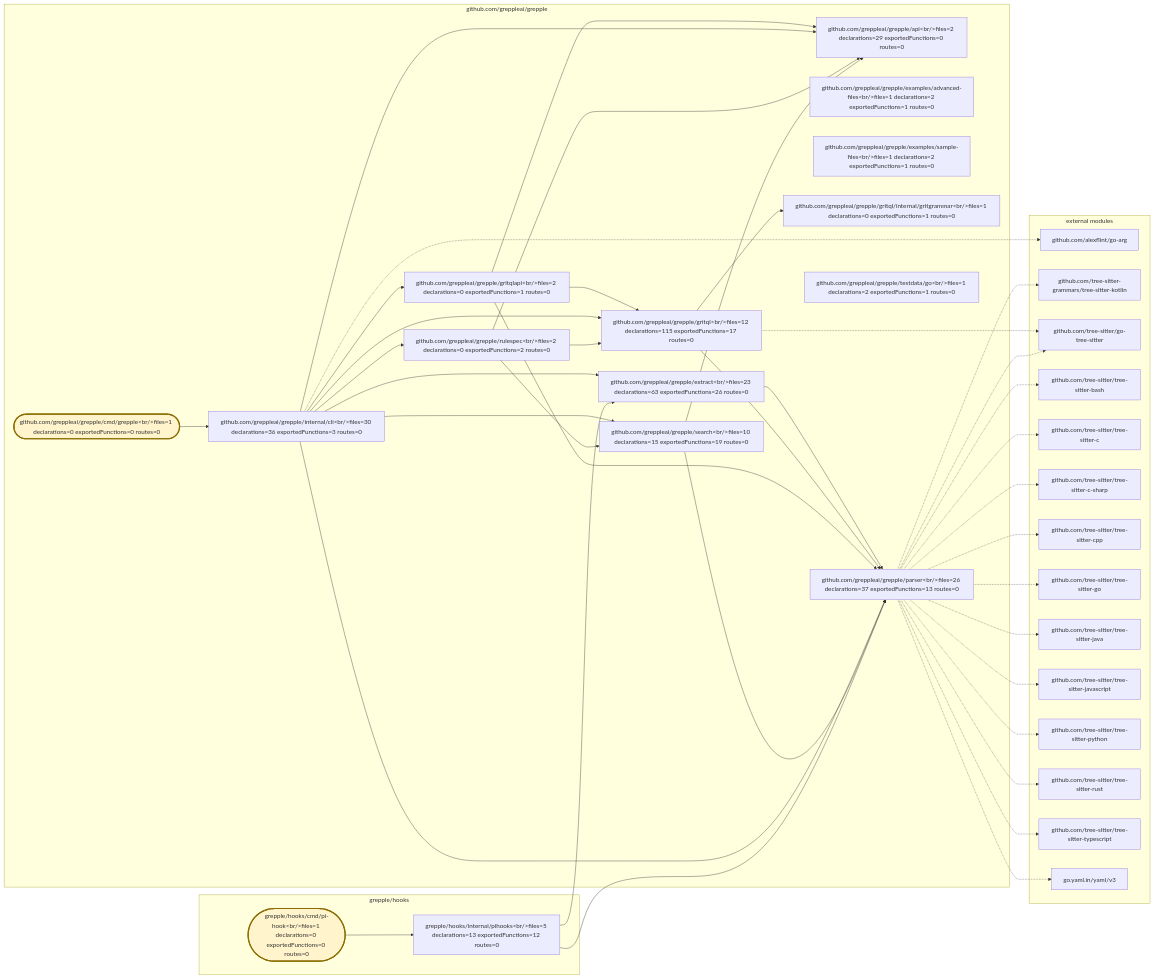
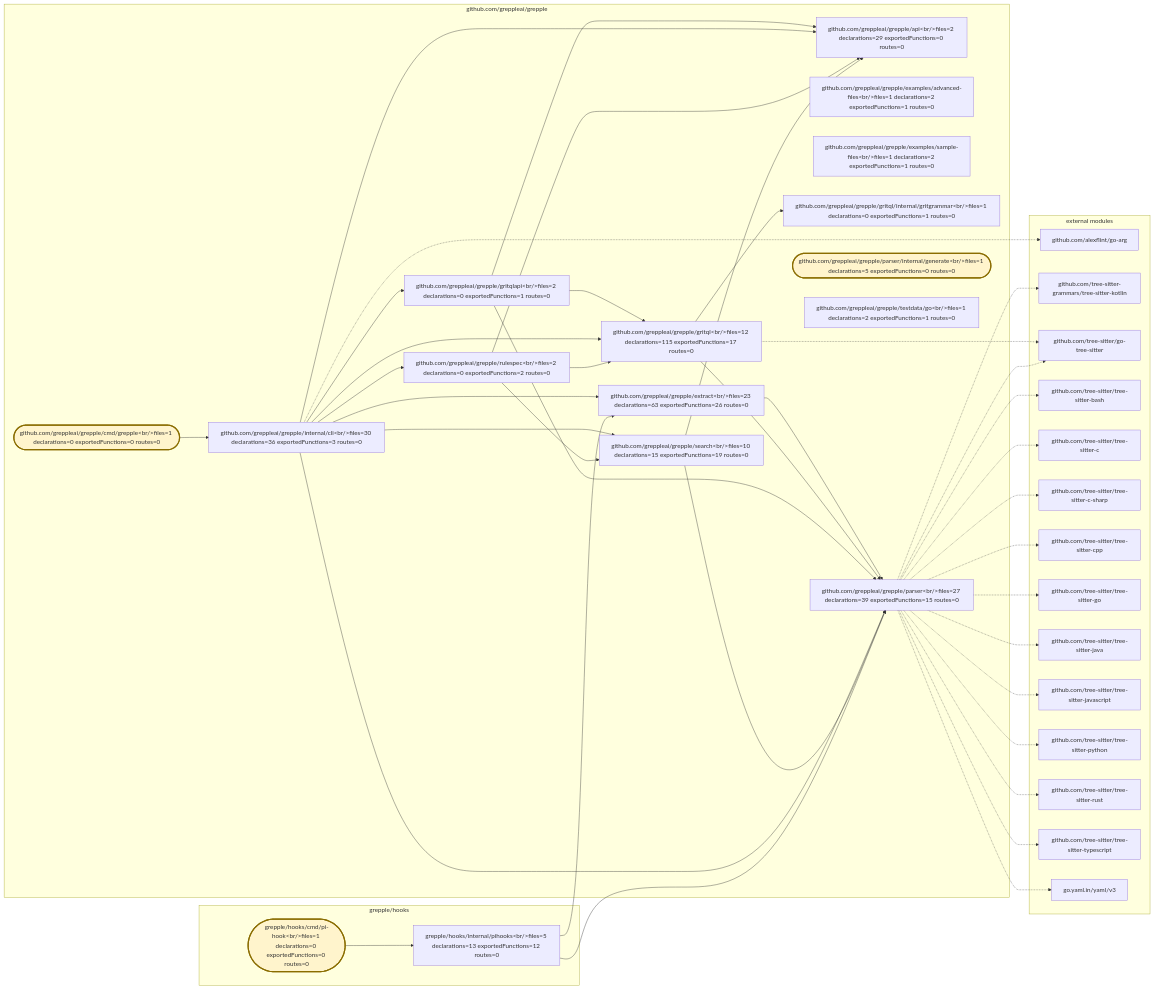
One commit to greppleai/grepple changed the diagram in .grepple/project.workspace/overview.mmd. Above: the diagram before and after it, drawn with Mermaid. The commit also changed 15 other files, not shown here.

```diff
--- a/.grepple/project.workspace/overview.mmd
+++ b/.grepple/project.workspace/overview.mmd
@@ -1,76 +1,78 @@
 flowchart LR
     classDef entrypoint fill:#fff4cc,stroke:#8a6d00,stroke-width:3px
     subgraph module_0["github.com/greppleai/grepple"]
         package_0["github.com/greppleai/grepple/api&lt;br/&gt;files=2 declarations=29 exportedFunctions=0 routes=0"]
         package_1(["github.com/greppleai/grepple/cmd/grepple&lt;br/&gt;files=1 declarations=0 exportedFunctions=0 routes=0"])
         class package_1 entrypoint
         package_2["github.com/greppleai/grepple/examples/advanced-files&lt;br/&gt;files=1 declarations=2 exportedFunctions=1 routes=0"]
         package_3["github.com/greppleai/grepple/examples/sample-files&lt;br/&gt;files=1 declarations=2 exportedFunctions=1 routes=0"]
         package_4["github.com/greppleai/grepple/extract&lt;br/&gt;files=23 declarations=63 exportedFunctions=26 routes=0"]
         package_5["github.com/greppleai/grepple/gritql&lt;br/&gt;files=12 declarations=115 exportedFunctions=17 routes=0"]
         package_6["github.com/greppleai/grepple/gritql/internal/gritgrammar&lt;br/&gt;files=1 declarations=0 exportedFunctions=1 routes=0"]
         package_7["github.com/greppleai/grepple/gritqlapi&lt;br/&gt;files=2 declarations=0 exportedFunctions=1 routes=0"]
         package_8["github.com/greppleai/grepple/internal/cli&lt;br/&gt;files=30 declarations=36 exportedFunctions=3 routes=0"]
-        package_9["github.com/greppleai/grepple/parser&lt;br/&gt;files=26 declarations=37 exportedFunctions=13 routes=0"]
-        package_10["github.com/greppleai/grepple/rulespec&lt;br/&gt;files=2 declarations=0 exportedFunctions=2 routes=0"]
-        package_11["github.com/greppleai/grepple/search&lt;br/&gt;files=10 declarations=15 exportedFunctions=19 routes=0"]
-        package_12["github.com/greppleai/grepple/testdata/go&lt;br/&gt;files=1 declarations=2 exportedFunctions=1 routes=0"]
+        package_9["github.com/greppleai/grepple/parser&lt;br/&gt;files=27 declarations=39 exportedFunctions=15 routes=0"]
+        package_10(["github.com/greppleai/grepple/parser/internal/generate&lt;br/&gt;files=1 declarations=5 exportedFunctions=0 routes=0"])
+        class package_10 entrypoint
+        package_11["github.com/greppleai/grepple/rulespec&lt;br/&gt;files=2 declarations=0 exportedFunctions=2 routes=0"]
+        package_12["github.com/greppleai/grepple/search&lt;br/&gt;files=10 declarations=15 exportedFunctions=19 routes=0"]
+        package_13["github.com/greppleai/grepple/testdata/go&lt;br/&gt;files=1 declarations=2 exportedFunctions=1 routes=0"]
     end
     subgraph module_1["grepple/hooks"]
-        package_13(["grepple/hooks/cmd/pi-hook&lt;br/&gt;files=1 declarations=0 exportedFunctions=0 routes=0"])
-        class package_13 entrypoint
-        package_14["grepple/hooks/internal/pihooks&lt;br/&gt;files=5 declarations=13 exportedFunctions=12 routes=0"]
+        package_14(["grepple/hooks/cmd/pi-hook&lt;br/&gt;files=1 declarations=0 exportedFunctions=0 routes=0"])
+        class package_14 entrypoint
+        package_15["grepple/hooks/internal/pihooks&lt;br/&gt;files=5 declarations=13 exportedFunctions=12 routes=0"]
     end
     package_1 --> package_8
     package_4 --> package_9
     package_5 --> package_6
     package_5 --> package_9
     package_7 --> package_0
     package_7 --> package_5
     package_7 --> package_9
     package_8 --> package_0
     package_8 --> package_4
     package_8 --> package_5
     package_8 --> package_7
     package_8 --> package_9
-    package_8 --> package_10
     package_8 --> package_11
-    package_10 --> package_0
-    package_10 --> package_5
-    package_10 --> package_11
+    package_8 --> package_12
     package_11 --> package_0
-    package_11 --> package_9
-    package_13 --> package_14
-    package_14 --> package_4
-    package_14 --> package_9
+    package_11 --> package_5
+    package_11 --> package_12
+    package_12 --> package_0
+    package_12 --> package_9
+    package_14 --> package_15
+    package_15 --> package_4
+    package_15 --> package_9
     subgraph external_dependencies["external modules"]
         external_0["github.com/alexflint/go-arg"]
         external_1["github.com/tree-sitter-grammars/tree-sitter-kotlin"]
         external_2["github.com/tree-sitter/go-tree-sitter"]
         external_3["github.com/tree-sitter/tree-sitter-bash"]
         external_4["github.com/tree-sitter/tree-sitter-c"]
         external_5["github.com/tree-sitter/tree-sitter-c-sharp"]
         external_6["github.com/tree-sitter/tree-sitter-cpp"]
         external_7["github.com/tree-sitter/tree-sitter-go"]
         external_8["github.com/tree-sitter/tree-sitter-java"]
         external_9["github.com/tree-sitter/tree-sitter-javascript"]
         external_10["github.com/tree-sitter/tree-sitter-python"]
         external_11["github.com/tree-sitter/tree-sitter-rust"]
         external_12["github.com/tree-sitter/tree-sitter-typescript"]
         external_13["go.yaml.in/yaml/v3"]
     end
     package_8 -.-> external_0
     package_9 -.-> external_1
     package_5 -.-> external_2
     package_9 -.-> external_2
     package_9 -.-> external_3
     package_9 -.-> external_4
     package_9 -.-> external_5
     package_9 -.-> external_6
     package_9 -.-> external_7
     package_9 -.-> external_8
     package_9 -.-> external_9
     package_9 -.-> external_10
     package_9 -.-> external_11
     package_9 -.-> external_12
     package_9 -.-> external_13
```
